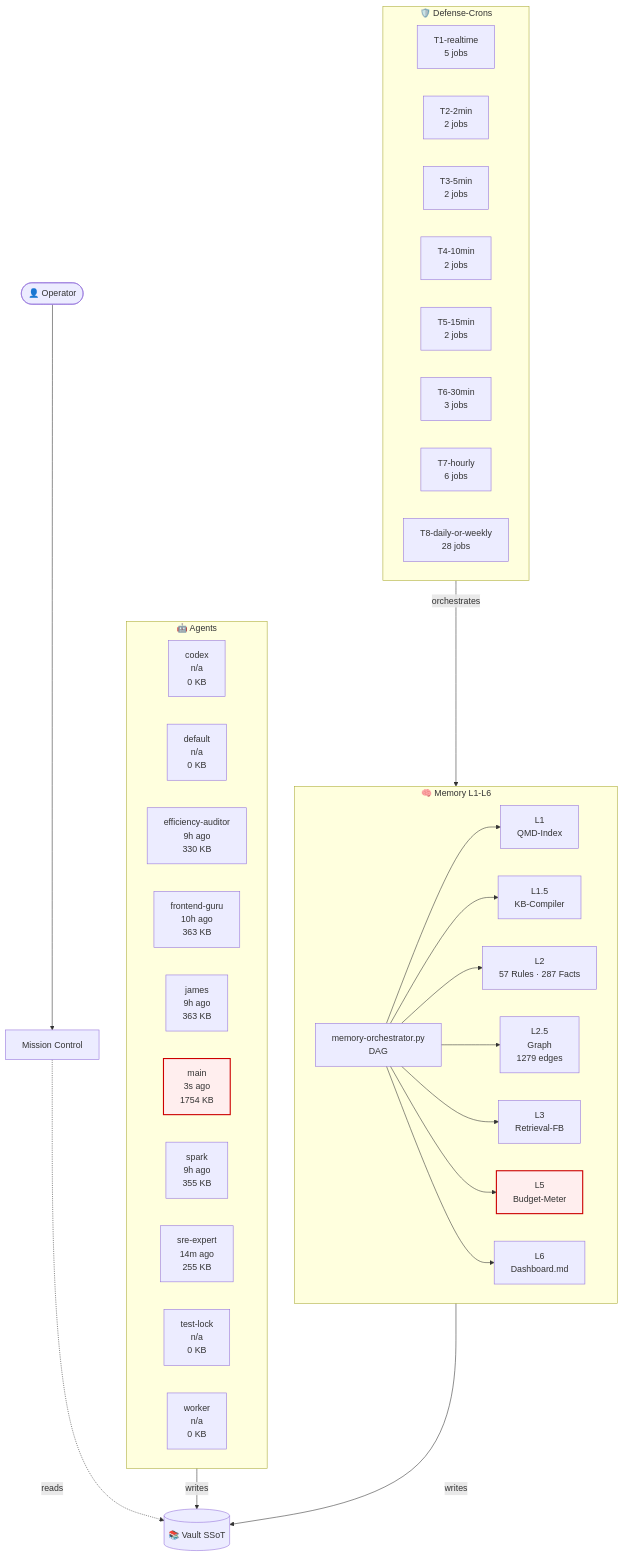
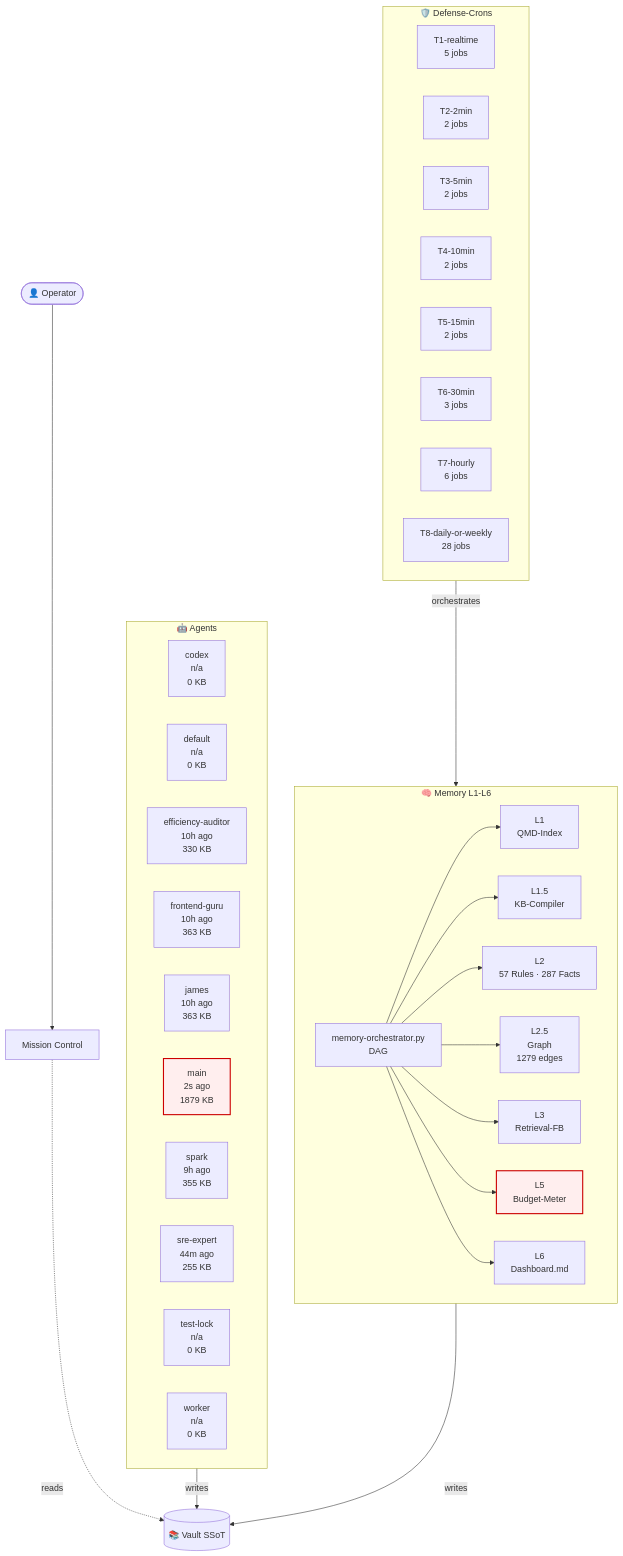
One commit to lenardhuebner88-rgb/openclaw-memory changed the diagram in 03-Agents/architecture-live.md. Above: the diagram before and after it, drawn with Mermaid. The commit also changed other lines of this file and 1 other file, not shown here.

````diff
--- a/03-Agents/architecture-live.md
+++ b/03-Agents/architecture-live.md
@@ -18,53 +18,53 @@
 ```mermaid
 flowchart TB
     classDef critical fill:#fee,stroke:#c00,stroke-width:2px;
     subgraph AGT["🤖 Agents"]
         agent_codex["codex<br/>n/a<br/>0 KB"]
         agent_default["default<br/>n/a<br/>0 KB"]
-        agent_efficiency_auditor["efficiency-auditor<br/>9h ago<br/>330 KB"]
+        agent_efficiency_auditor["efficiency-auditor<br/>10h ago<br/>330 KB"]
         agent_frontend_guru["frontend-guru<br/>10h ago<br/>363 KB"]
-        agent_james["james<br/>9h ago<br/>363 KB"]
-        agent_main["main<br/>3s ago<br/>1754 KB"]
+        agent_james["james<br/>10h ago<br/>363 KB"]
+        agent_main["main<br/>2s ago<br/>1879 KB"]
         agent_spark["spark<br/>9h ago<br/>355 KB"]
-        agent_sre_expert["sre-expert<br/>14m ago<br/>255 KB"]
+        agent_sre_expert["sre-expert<br/>44m ago<br/>255 KB"]
         agent_test_lock["test-lock<br/>n/a<br/>0 KB"]
         agent_worker["worker<br/>n/a<br/>0 KB"]
     end
     subgraph MEM["🧠 Memory L1-L6"]
         L1["L1<br/>QMD-Index"]
         L15["L1.5<br/>KB-Compiler"]
         L2["L2<br/>57 Rules · 287 Facts"]
         L25["L2.5<br/>Graph<br/>1279 edges"]
         L3["L3<br/>Retrieval-FB"]
         L5["L5<br/>Budget-Meter"]
         L6["L6<br/>Dashboard.md"]
         ORCH["memory-orchestrator.py<br/>DAG"]
     end
     subgraph CRN["🛡️ Defense-Crons"]
         tier_T1_realtime["T1-realtime<br/>5 jobs"]
         tier_T2_2min["T2-2min<br/>2 jobs"]
         tier_T3_5min["T3-5min<br/>2 jobs"]
         tier_T4_10min["T4-10min<br/>2 jobs"]
         tier_T5_15min["T5-15min<br/>2 jobs"]
         tier_T6_30min["T6-30min<br/>3 jobs"]
         tier_T7_hourly["T7-hourly<br/>6 jobs"]
         tier_T8_daily_or_weekly["T8-daily-or-weekly<br/>28 jobs"]
     end
     VAULT[("📚 Vault SSoT")]
     OP([👤 Operator])
     MC["Mission Control"]
     OP --> MC
     MC -.reads.-> VAULT
     AGT -->|writes| VAULT
     MEM -->|writes| VAULT
     ORCH --> L1
     ORCH --> L15
     ORCH --> L2
     ORCH --> L25
     ORCH --> L3
     ORCH --> L5
     ORCH --> L6
     CRN -->|orchestrates| MEM
     class L5 critical
     class agent_main critical
 ```
````
